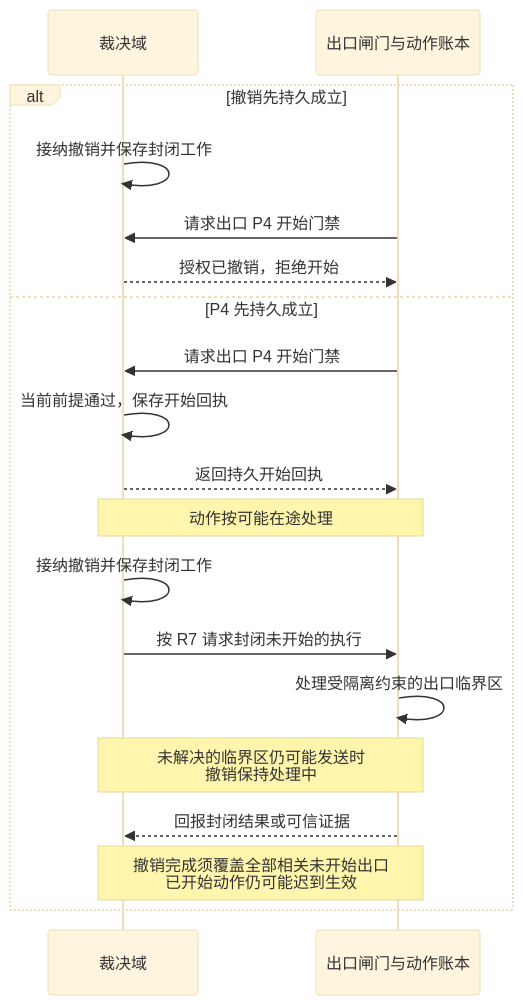
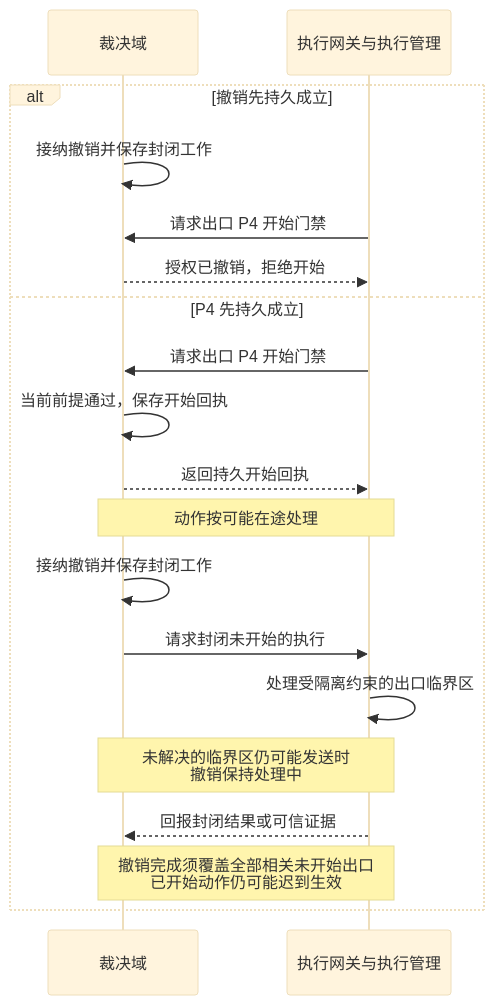
One commit to ruipengliu/lerna changed the diagram in docs/architecture/core/grants/README.md. Above: the diagram before and after it, drawn with Mermaid (base theme). The commit also changed other lines of this file and 48 other files, not shown here.

Commit message:
docs: clarify architecture contracts and diagrams

````diff
--- a/docs/architecture/core/grants/README.md
+++ b/docs/architecture/core/grants/README.md
@@ -310,21 +313,21 @@
 ```mermaid
 sequenceDiagram
     participant C as 裁决域
-    participant E as 出口闸门与动作账本
+    participant E as 执行网关与执行管理
     alt 撤销先持久成立
         C->>C: 接纳撤销并保存封闭工作
         E->>C: 请求出口 P4 开始门禁
         C-->>E: 授权已撤销，拒绝开始
     else P4 先持久成立
         E->>C: 请求出口 P4 开始门禁
         C->>C: 当前前提通过，保存开始回执
         C-->>E: 返回持久开始回执
         Note over C,E: 动作按可能在途处理
         C->>C: 接纳撤销并保存封闭工作
-        C->>E: 按 R7 请求封闭未开始的执行
+        C->>E: 请求封闭未开始的执行
         E->>E: 处理受隔离约束的出口临界区
         Note over C,E: 未解决的临界区仍可能发送时<br/>撤销保持处理中
         E-->>C: 回报封闭结果或可信证据
         Note over C,E: 撤销完成须覆盖全部相关未开始出口<br/>已开始动作仍可能迟到生效
     end
 ```
````
